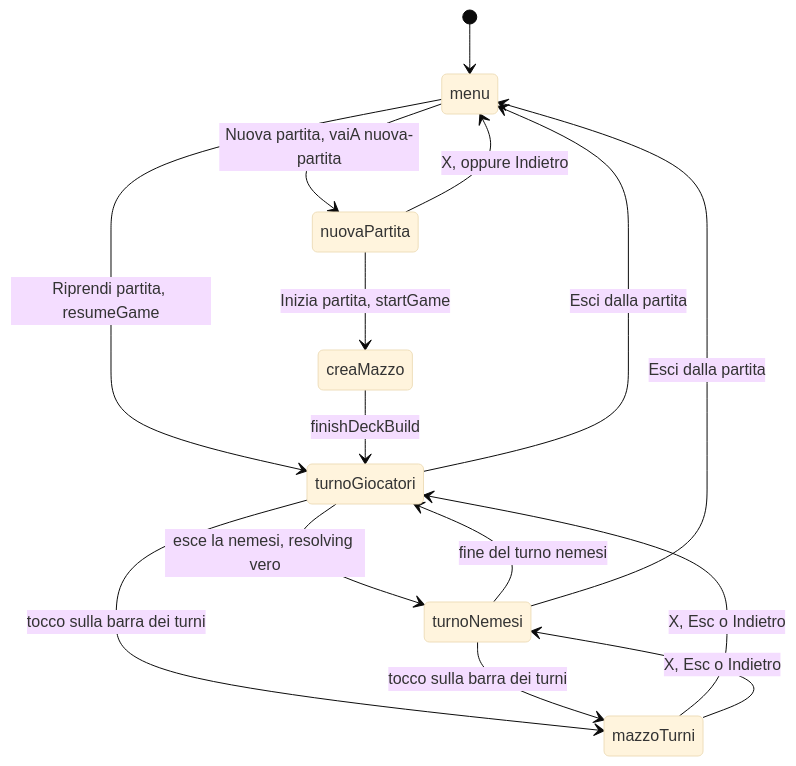
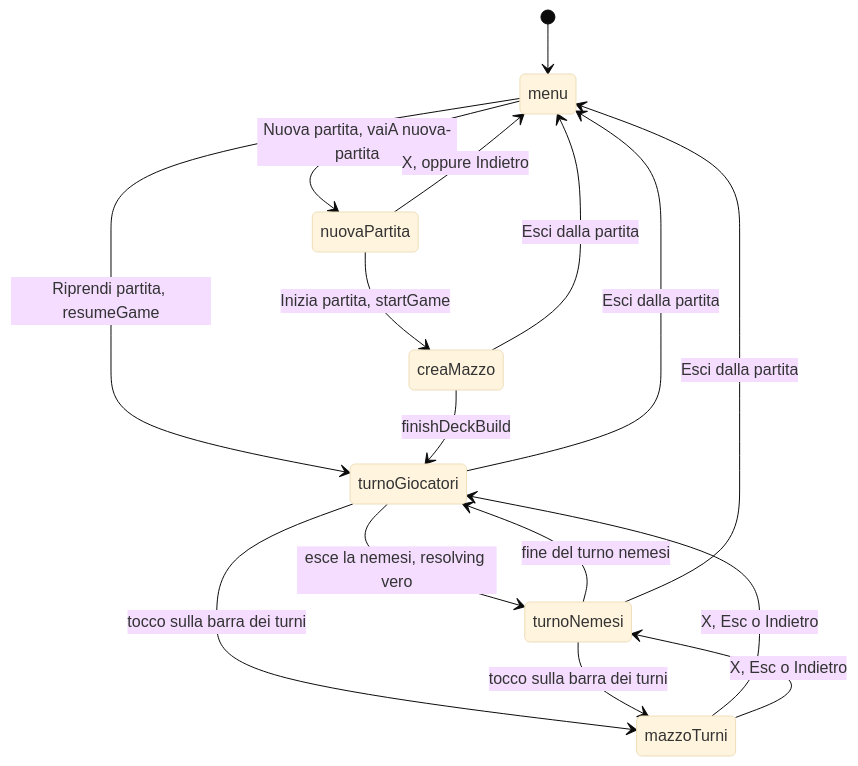
The third of 4 diagrams in docs/06-schermata-partita.md (lorenzvittori/AeonsEnd_App_0.3), drawn with Mermaid (base theme) before and after one commit. The commit also changed other lines of this file and 7 other files, not shown here.

Commit message:
Documentazione 5: verificata giocando (minion a 0 esce al Salva, token automatico solo visivo, coda e mazzo vuoti, Esci da Crea mazzo); fine del turno nemesi da tutte le strade, ripristino al passo Pesca, nome nuovo della funzione

````diff
--- a/docs/06-schermata-partita.md
+++ b/docs/06-schermata-partita.md
@@ -120,17 +120,18 @@
 ```mermaid
 stateDiagram-v2
     [*] --> menu
     menu --> nuovaPartita: Nuova partita, vaiA nuova-partita
     nuovaPartita --> menu: X, oppure Indietro
     nuovaPartita --> creaMazzo: Inizia partita, startGame
     menu --> turnoGiocatori: Riprendi partita, resumeGame
     creaMazzo --> turnoGiocatori: finishDeckBuild
     turnoGiocatori --> turnoNemesi: esce la nemesi, resolving vero
     turnoNemesi --> turnoGiocatori: fine del turno nemesi
     turnoGiocatori --> mazzoTurni: tocco sulla barra dei turni
     turnoNemesi --> mazzoTurni: tocco sulla barra dei turni
     mazzoTurni --> turnoGiocatori: X, Esc o Indietro
     mazzoTurni --> turnoNemesi: X, Esc o Indietro
+    creaMazzo --> menu: Esci dalla partita
     turnoGiocatori --> menu: Esci dalla partita
     turnoNemesi --> menu: Esci dalla partita
 ```
````
